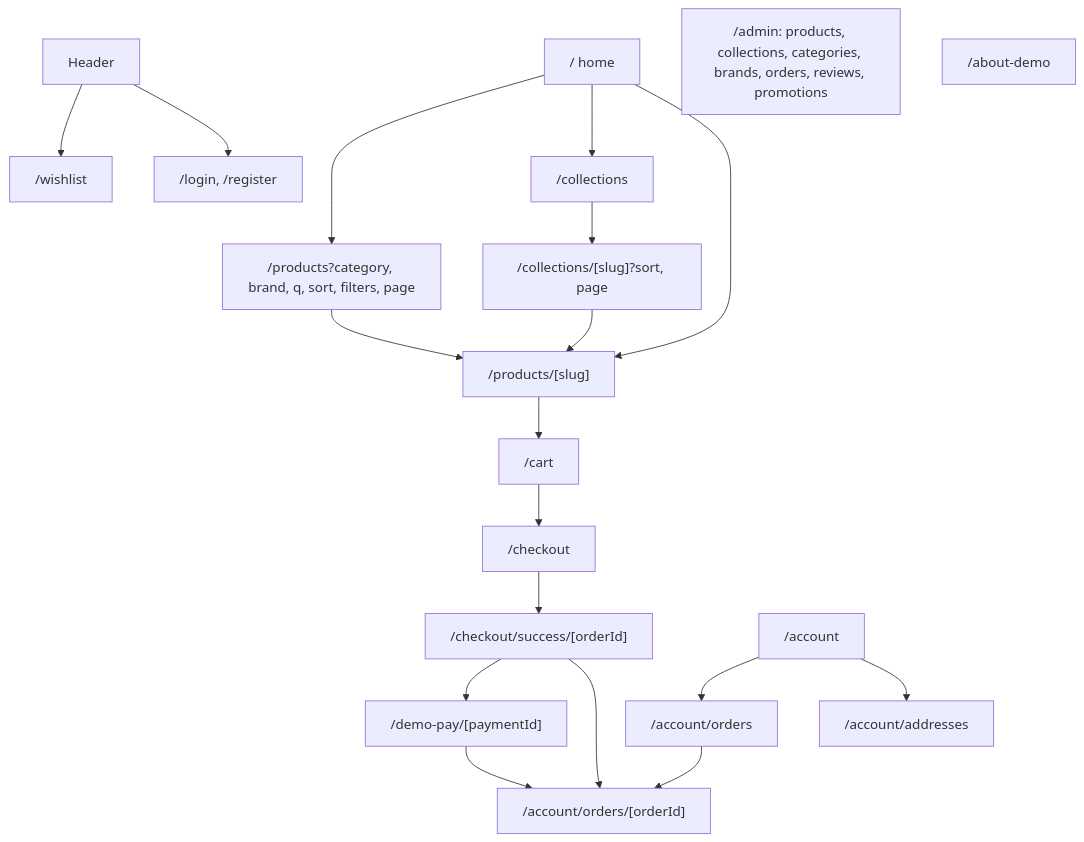
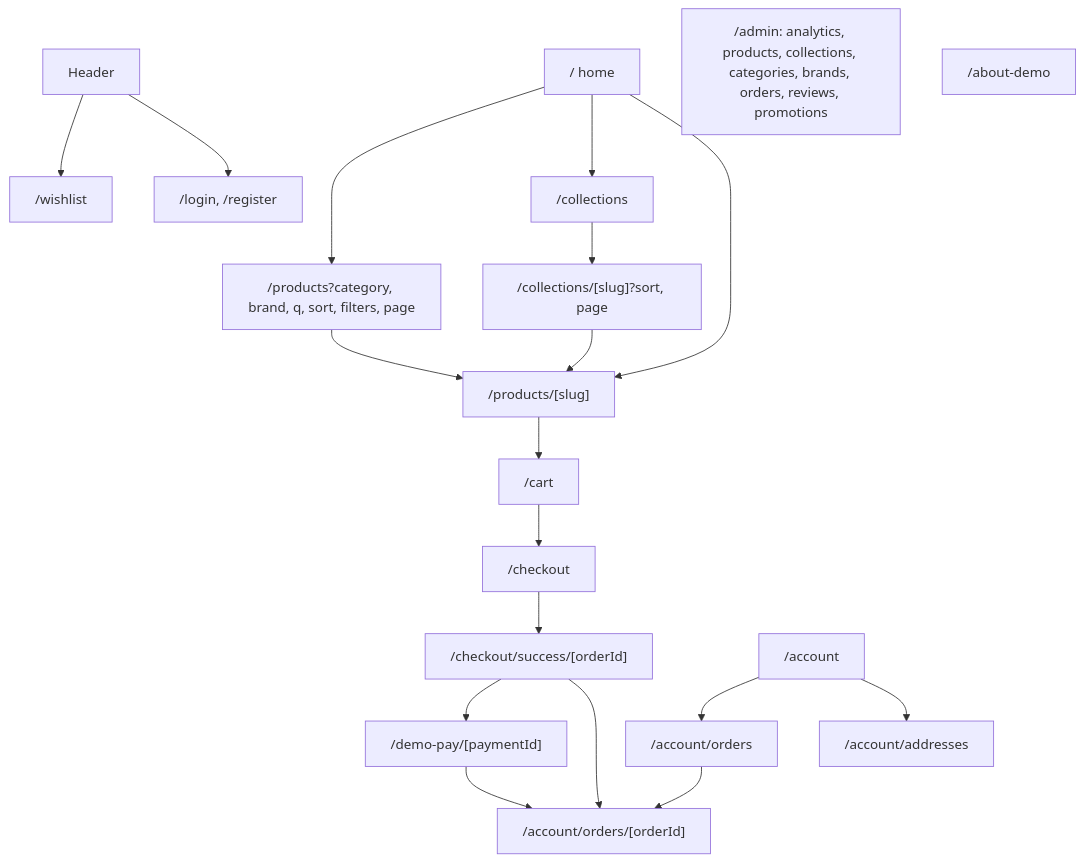
One commit to misu2tdt/ecommerce-frontend changed the third of 4 diagrams in README.md. Above: the diagram before and after it, drawn with Mermaid. The commit also changed other lines of this file and 8 other files, not shown here.

````diff
--- a/README.md
+++ b/README.md
@@ -76,19 +76,19 @@
 ```mermaid
 flowchart TD
   Home["/ home"] --> Catalog["/products?category, brand, q, sort, filters, page"]
   Home --> Collections["/collections"] --> Collection["/collections/[slug]?sort, page"] --> Product
   Catalog --> Product["/products/[slug]"]
   Home --> Product
   Product --> Cart["/cart"]
   Cart --> Checkout["/checkout"]
   Checkout --> Placed["/checkout/success/[orderId]"]
   Placed --> Pay["/demo-pay/[paymentId]"]
   Pay --> Order["/account/orders/[orderId]"]
   Placed --> Order
   Account["/account"] --> History["/account/orders"] --> Order
   Account --> Addresses["/account/addresses"]
   Header["Header"] --> Wishlist["/wishlist"]
   Header --> Login["/login, /register"]
-  Staff["/admin: products, collections, categories, brands, orders, reviews, promotions"]
+  Staff["/admin: analytics, products, collections, categories, brands, orders, reviews, promotions"]
   About["/about-demo"]
 ```
````
